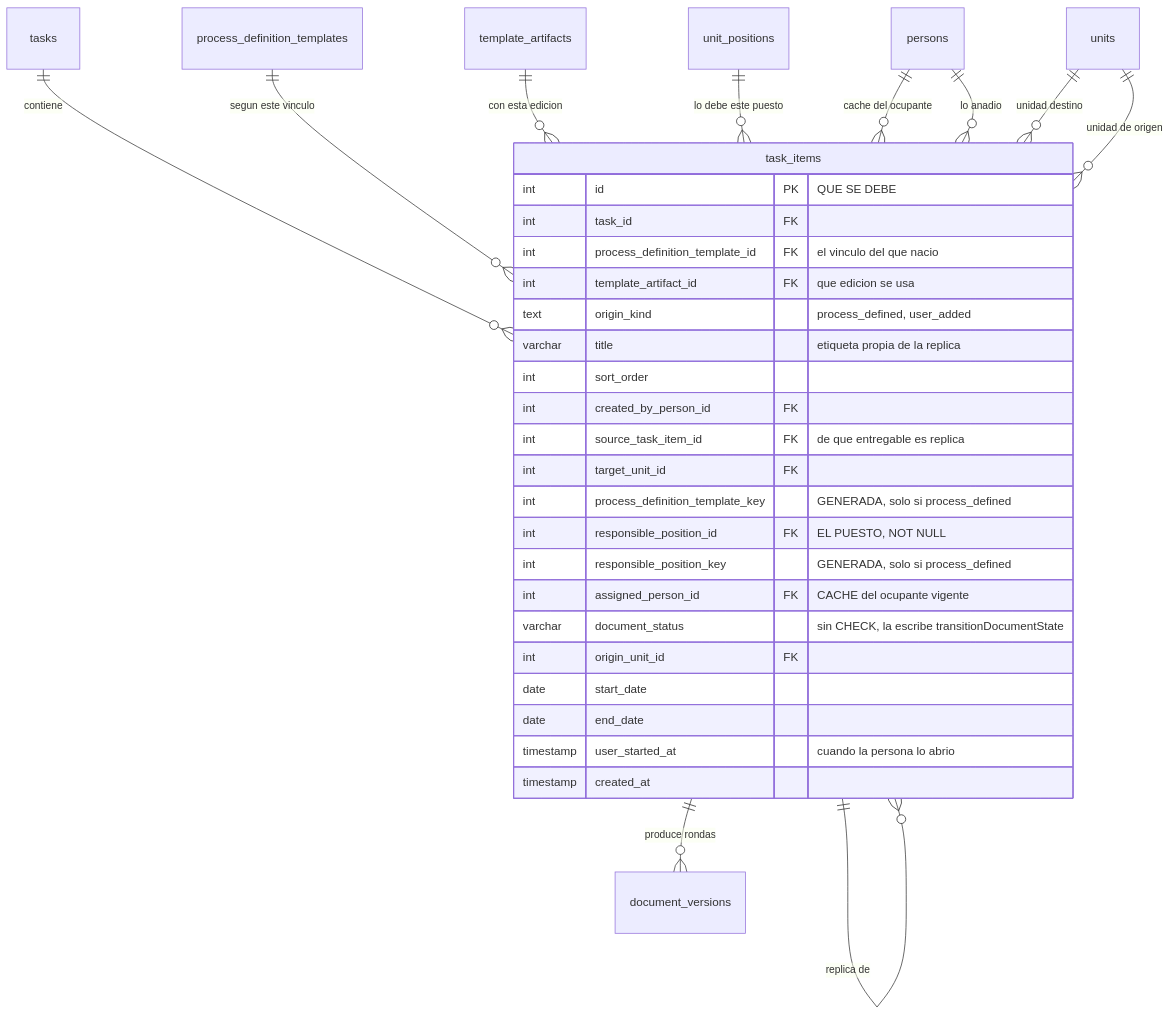
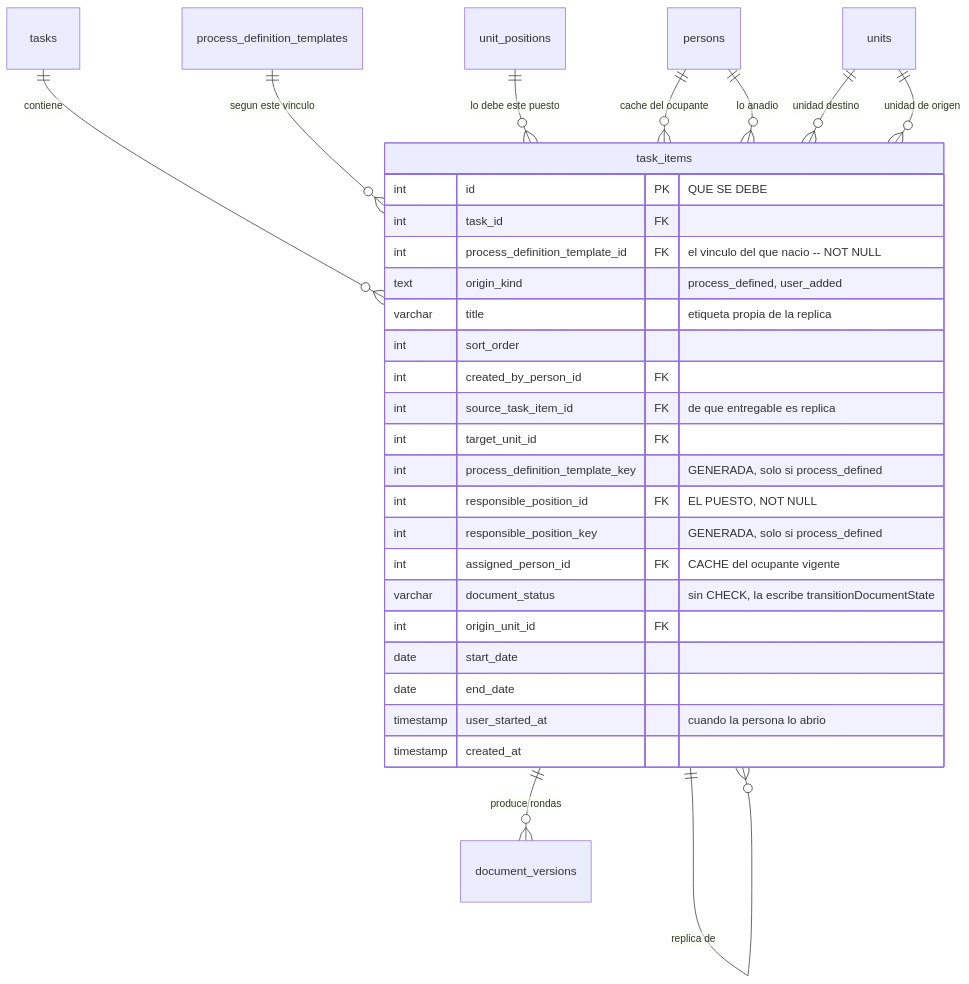
The diagram in docs/src/content/docs/modelo/entregable-concreto.md (fresvel/deasy), drawn with Mermaid before and after one commit. The commit also changed other lines of this file and 43 other files, not shown here.

````diff
--- a/docs/src/content/docs/modelo/entregable-concreto.md
+++ b/docs/src/content/docs/modelo/entregable-concreto.md
@@ -89,36 +106,34 @@
 ```mermaid
 erDiagram
   tasks ||--o{ task_items : "contiene"
   process_definition_templates ||--o{ task_items : "segun este vinculo"
-  template_artifacts ||--o{ task_items : "con esta edicion"
   unit_positions ||--o{ task_items : "lo debe este puesto"
   persons ||--o{ task_items : "cache del ocupante"
   persons ||--o{ task_items : "lo anadio"
   units ||--o{ task_items : "unidad destino"
   units ||--o{ task_items : "unidad de origen"
   task_items ||--o{ task_items : "replica de"
   task_items ||--o{ document_versions : "produce rondas"
 
   task_items {
     int id PK "QUE SE DEBE"
     int task_id FK
-    int process_definition_template_id FK "el vinculo del que nacio"
-    int template_artifact_id FK "que edicion se usa"
+    int process_definition_template_id FK "el vinculo del que nacio -- NOT NULL"
     text origin_kind "process_defined, user_added"
     varchar title "etiqueta propia de la replica"
     int sort_order
     int created_by_person_id FK
     int source_task_item_id FK "de que entregable es replica"
     int target_unit_id FK
     int process_definition_template_key "GENERADA, solo si process_defined"
     int responsible_position_id FK "EL PUESTO, NOT NULL"
     int responsible_position_key "GENERADA, solo si process_defined"
     int assigned_person_id FK "CACHE del ocupante vigente"
     varchar document_status "sin CHECK, la escribe transitionDocumentState"
     int origin_unit_id FK
     date start_date
     date end_date
     timestamp user_started_at "cuando la persona lo abrio"
     timestamp created_at
   }
 ```
````
